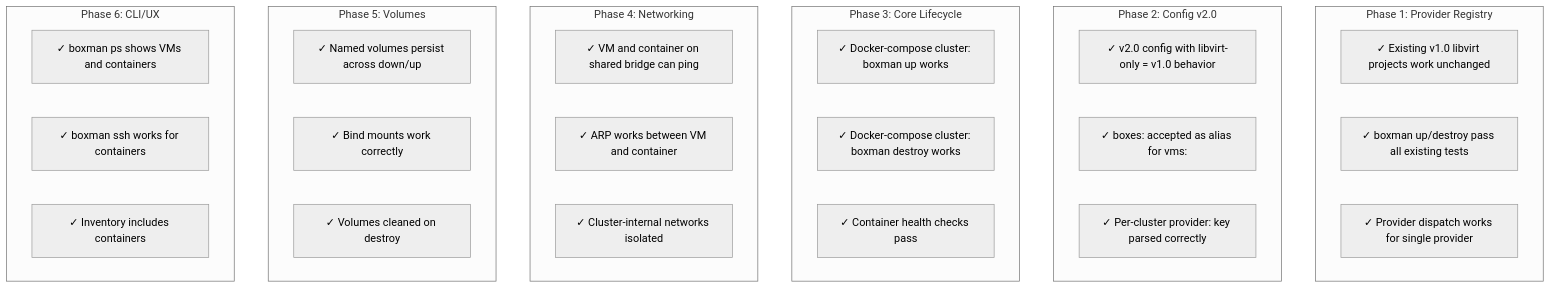
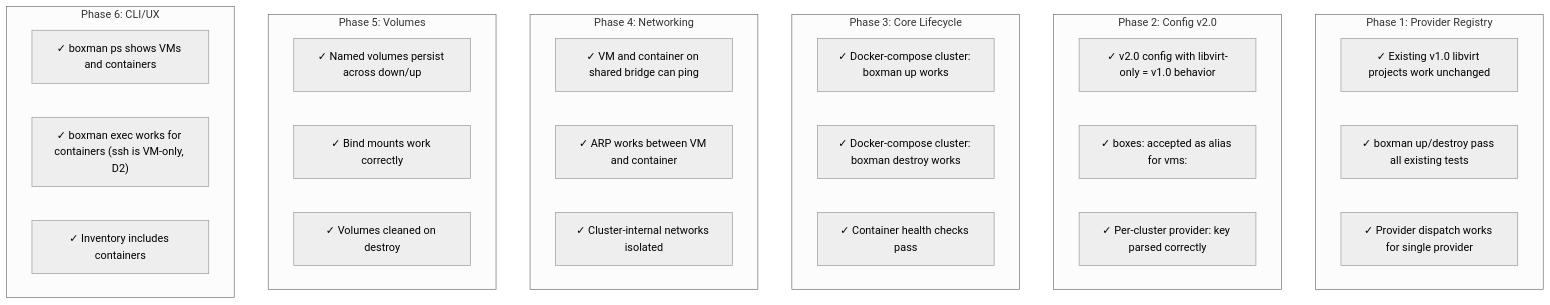
Before and after one commit to mherkazandjian/boxman: diagram 15 of 16 in doc/docker-compose-provider/design.md, drawn with Mermaid (neutral theme). The commit also changed other lines of this file and 7 other files, not shown here.

````diff
--- a/doc/docker-compose-provider/design.md
+++ b/doc/docker-compose-provider/design.md
@@ -540,38 +540,38 @@
 ```mermaid
 graph TB
     subgraph Phase1["Phase 1: Provider Registry"]
         AC1["✓ Existing v1.0 libvirt projects work unchanged"]
         AC2["✓ boxman up/destroy pass all existing tests"]
         AC3["✓ Provider dispatch works for single provider"]
     end
     
     subgraph Phase2["Phase 2: Config v2.0"]
         AC4["✓ v2.0 config with libvirt-only = v1.0 behavior"]
         AC5["✓ boxes: accepted as alias for vms:"]
         AC6["✓ Per-cluster provider: key parsed correctly"]
     end
     
     subgraph Phase3["Phase 3: Core Lifecycle"]
         AC7["✓ Docker-compose cluster: boxman up works"]
         AC8["✓ Docker-compose cluster: boxman destroy works"]
         AC9["✓ Container health checks pass"]
     end
     
     subgraph Phase4["Phase 4: Networking"]
         AC10["✓ VM and container on shared bridge can ping"]
         AC11["✓ ARP works between VM and container"]
         AC12["✓ Cluster-internal networks isolated"]
     end
     
     subgraph Phase5["Phase 5: Volumes"]
         AC13["✓ Named volumes persist across down/up"]
         AC14["✓ Bind mounts work correctly"]
         AC15["✓ Volumes cleaned on destroy"]
     end
     
     subgraph Phase6["Phase 6: CLI/UX"]
         AC16["✓ boxman ps shows VMs and containers"]
-        AC17["✓ boxman ssh works for containers"]
+        AC17["✓ boxman exec works for containers (ssh is VM-only, D2)"]
         AC18["✓ Inventory includes containers"]
     end
 ```
````
